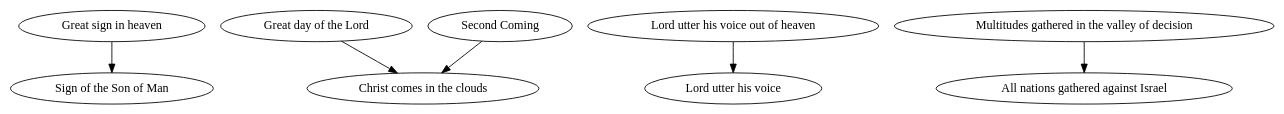
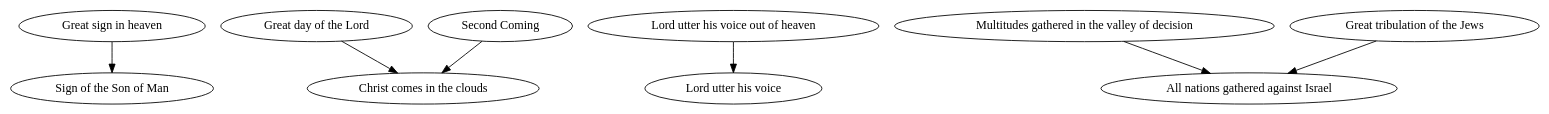
Before and after one commit to justincy/signs-of-the-second-coming: the diagram in synonyms/synonyms.gv, drawn with Graphviz. The commit also changed 4 other files, not shown here.

Commit message:
Resolve jews tribulation synonym

```diff
--- a/synonyms/synonyms.gv
+++ b/synonyms/synonyms.gv
@@ -1,30 +1,32 @@
 # List of signs that I believe are synonyms.
 #
 # My reasoning for considering two signs as synonyms
 # is documented elsewhere. This list is used to 
 # programatically simplify the full graph by 
 # collapsing synonyms.
 #
 # In each (a -> b) pair, the sign on the left will
 # be replaced in the graph by the sign on the right.
 
 digraph {
   "Great sign in heaven" -> "Sign of the Son of Man"
 
   # D&C 34:7-8
   "Great day of the Lord" -> "Christ comes in the clouds"
 
   "Second Coming" -> "Christ comes in the clouds"
 
   "Lord utter his voice out of heaven" -> "Lord utter his voice"
 
   "Multitudes gathered in the valley of decision" -> "All nations gathered against Israel"
 
   # D&C 84:2
   # "Christ visits New Jerusalem" doesn't exist in the graph so the script blows up.
   # I just want to rename it, because "Christ visits New Jerusalem" is easier to
   # understand than "Christ stands on Mount Zion". Not everyone knows what
   # Mount Zion is, and they may confuse it with the prophecy about Christ standing
   # on the Mount of Olives.
   # "Christ stands on Mount Zion" -> "Christ visits New Jerusalem"
+
+  "Great tribulation of the Jews" -> "All nations gathered against Israel"
 }
```
